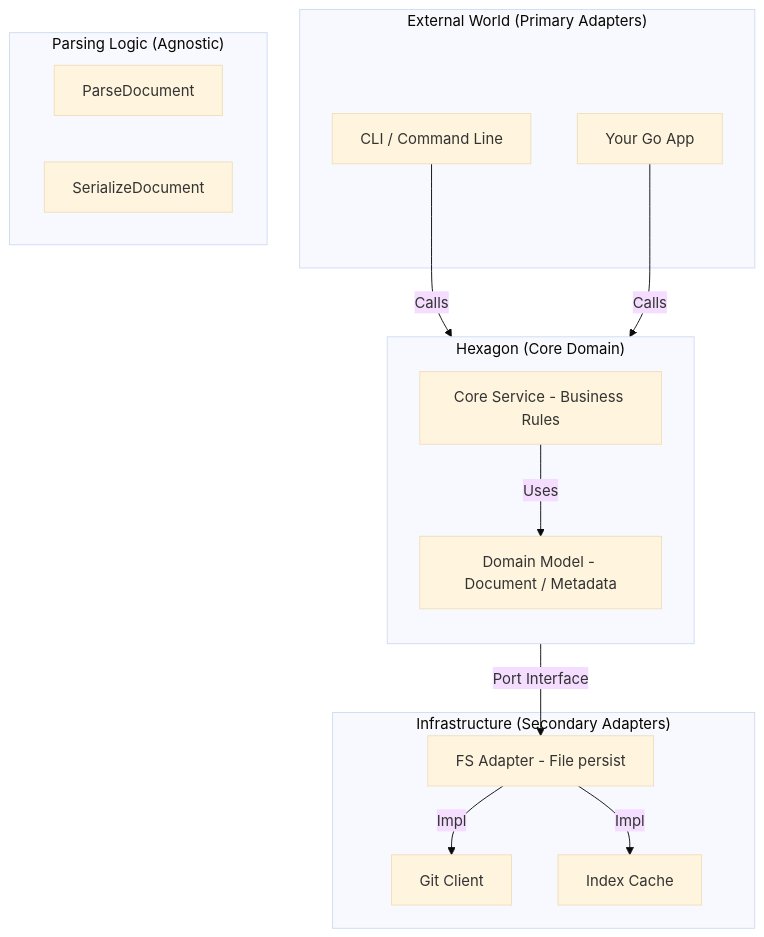
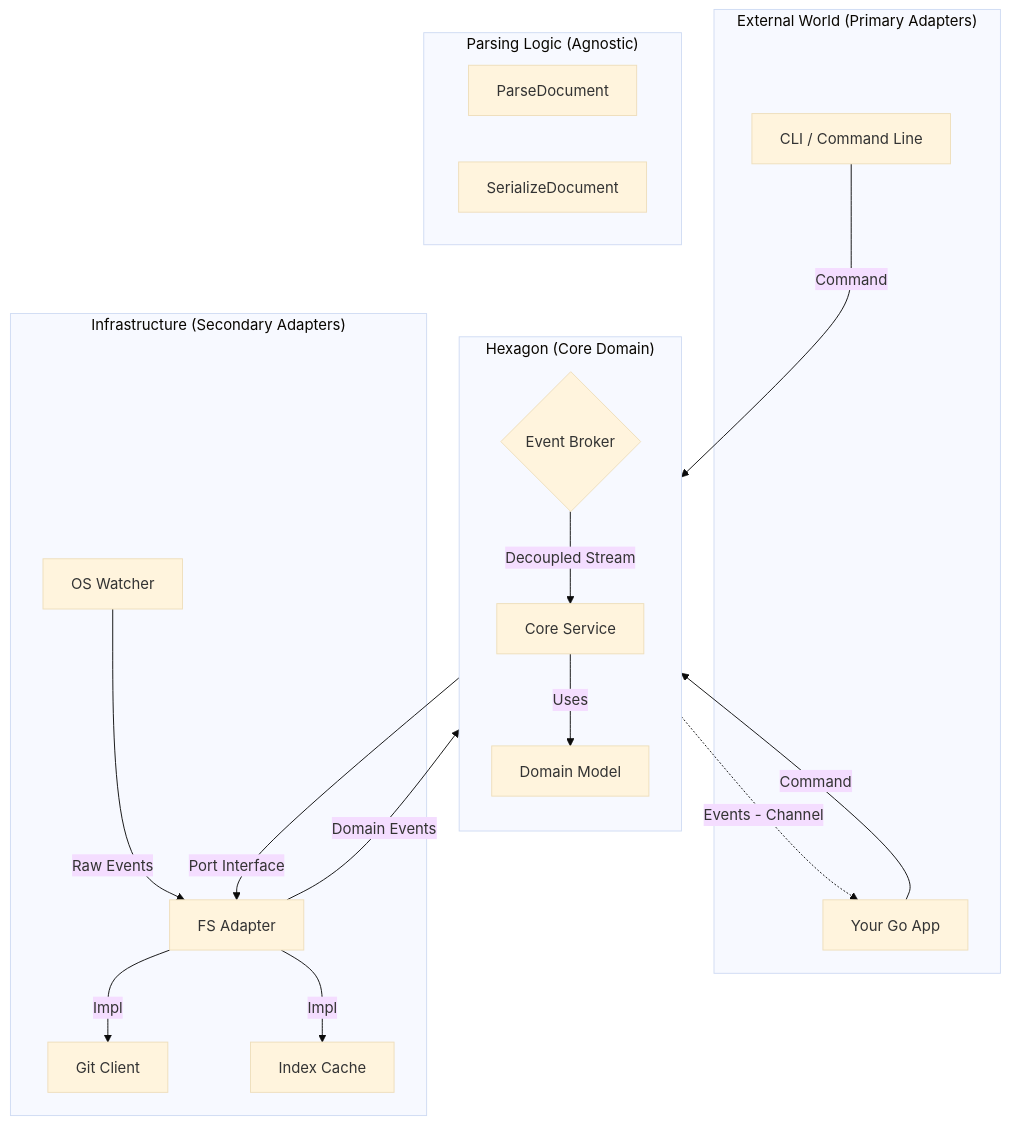
Before and after one commit to aretw0/loam: the first of 7 diagrams in docs/TECHNICAL.md, drawn with Mermaid (base theme). The commit also changed other lines of this file and 2 other files, not shown here.

Commit message:
docs: refinement of product positioning and technical architecture

````diff
--- a/docs/TECHNICAL.md
+++ b/docs/TECHNICAL.md
@@ -15,33 +10,40 @@
 ```mermaid
 graph TD
     subgraph "External World (Primary Adapters)"
         CLI[CLI / Command Line]
         App[Your Go App]
     end
 
     subgraph "Parsing Logic (Agnostic)"
         PD[ParseDocument]
         SD[SerializeDocument]
     end
 
     subgraph "Hexagon (Core Domain)"
         direction TB
-        Service[Core Service - Business Rules]
-        Model[Domain Model - Document / Metadata]
+        Service[Core Service]
+        Model[Domain Model]
+        Broker{Event Broker}
     end
 
     subgraph "Infrastructure (Secondary Adapters)"
-        FSAdapter[FS Adapter - File persist]
+        FSAdapter[FS Adapter]
         Git[Git Client]
         Cache[Index Cache]
+        Watcher[OS Watcher]
     end
 
-    CLI -->|Calls| Service
-    App -->|Calls| Service
+    CLI -->|Command| Service
+    App -->|Command| Service
     
+    Service -.->|Events - Channel| App
+
     Service -->|Uses| Model
     Service -->|Port Interface| FSAdapter
     
     FSAdapter -->|Impl| Git
     FSAdapter -->|Impl| Cache
+    Watcher -->|Raw Events| FSAdapter
+    FSAdapter -->|Domain Events| Broker
+    Broker -->|Decoupled Stream| Service
 ```
````
